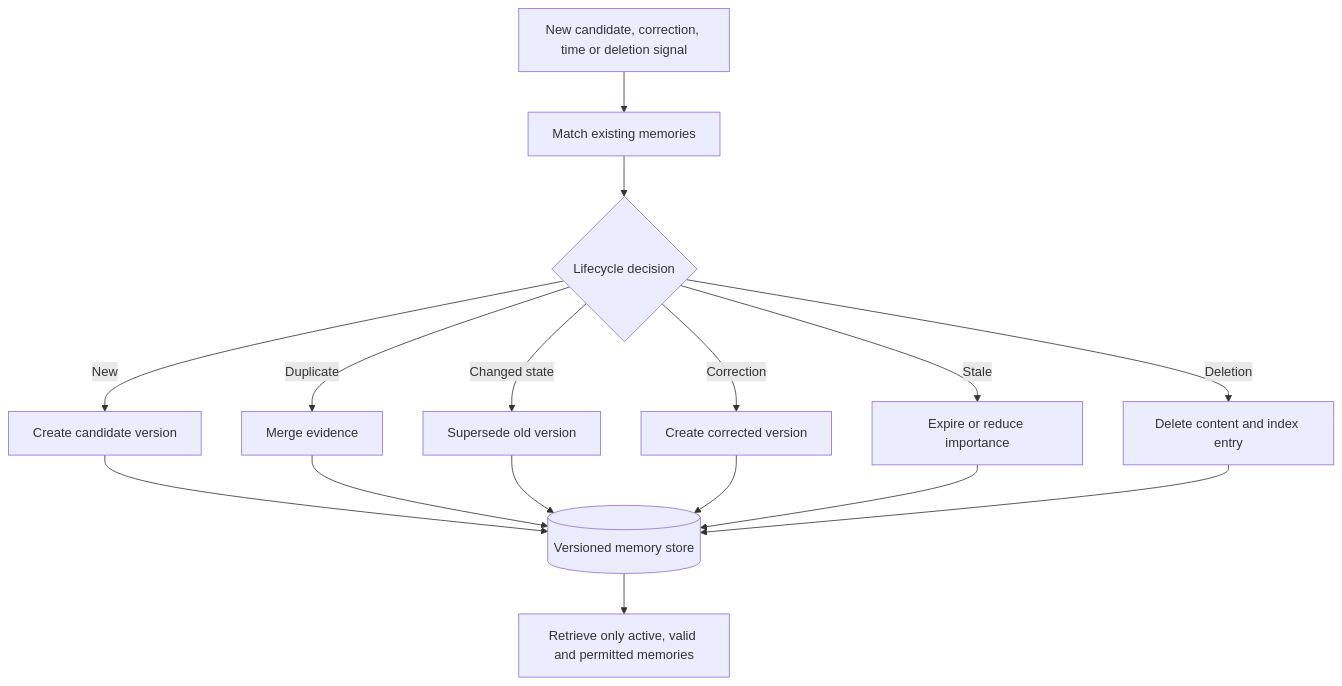
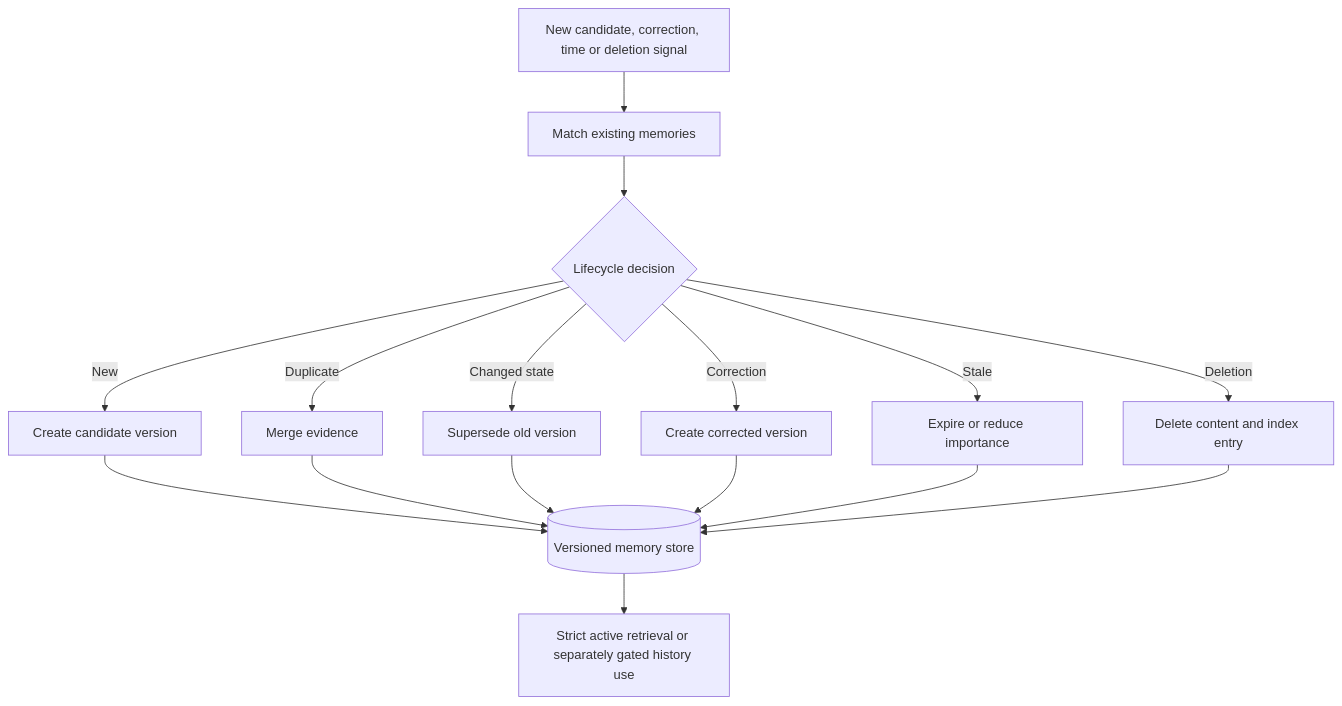
One commit to nanlalala/cbt-memory-system changed the eighth of 10 diagrams in docs/architecture.md. Above: the diagram before and after it, drawn with Mermaid. The commit also changed other lines of this file and 12 other files, not shown here.

````diff
--- a/docs/architecture.md
+++ b/docs/architecture.md
@@ -169,18 +192,18 @@
 ```mermaid
 flowchart TD
     I["New candidate, correction, time or deletion signal"] --> M["Match existing memories"]
     M --> D{"Lifecycle decision"}
     D -->|New| C["Create candidate version"]
     D -->|Duplicate| G["Merge evidence"]
     D -->|Changed state| S["Supersede old version"]
     D -->|Correction| U["Create corrected version"]
     D -->|Stale| E["Expire or reduce importance"]
     D -->|Deletion| H["Delete content and index entry"]
     C --> DB[("Versioned memory store")]
     G --> DB
     S --> DB
     U --> DB
     E --> DB
     H --> DB
-    DB --> F["Retrieve only active, valid and permitted memories"]
+    DB --> F["Strict active retrieval or separately gated history use"]
 ```
````
